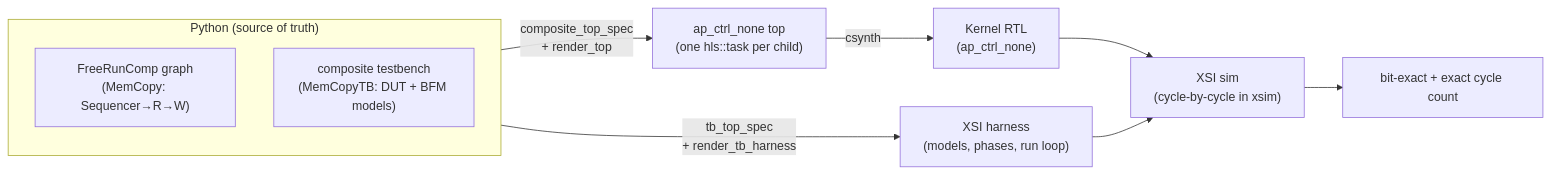
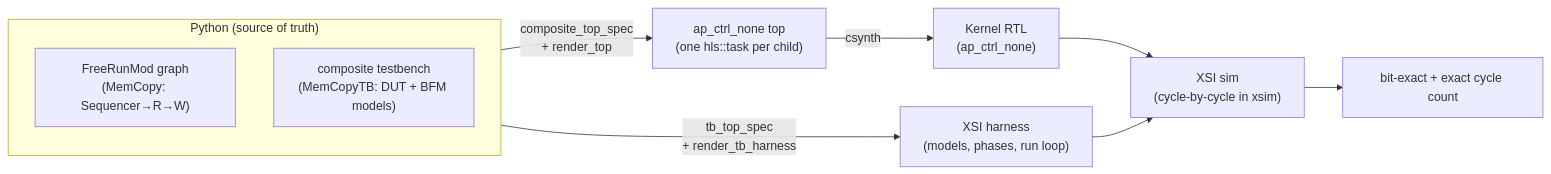
One commit to sdrangan/waveflow changed the diagram in docs/guide/flows/concurrent_flowsteps.md. Above: the diagram before and after it, drawn with Mermaid. The commit also changed other lines of this file and 80 other files, not shown here.

First line of the commit message:
docs: rename to HwModule vocabulary; restructure flows → "Hardware modules and Flows"

````diff
--- a/docs/guide/flows/concurrent_flowsteps.md
+++ b/docs/guide/flows/concurrent_flowsteps.md
@@ -17,16 +17,16 @@
 ```mermaid
 flowchart LR
   subgraph py["Python (source of truth)"]
     direction TB
-    DUT["FreeRunComp graph<br/>(MemCopy: Sequencer→R→W)"]
+    DUT["FreeRunMod graph<br/>(MemCopy: Sequencer→R→W)"]
     TB["composite testbench<br/>(MemCopyTB: DUT + BFM models)"]
   end
 
   DUT -->|"composite_top_spec<br/>+ render_top"| TOP["ap_ctrl_none top<br/>(one hls::task per child)"]
   TB  -->|"tb_top_spec<br/>+ render_tb_harness"| HARN["XSI harness<br/>(models, phases, run loop)"]
 
   TOP -->|"csynth"| RTL["Kernel RTL<br/>(ap_ctrl_none)"]
   RTL --> XSI["XSI sim<br/>(cycle-by-cycle in xsim)"]
   HARN --> XSI
   XSI --> CHK["bit-exact + exact cycle count"]
 ```
````
